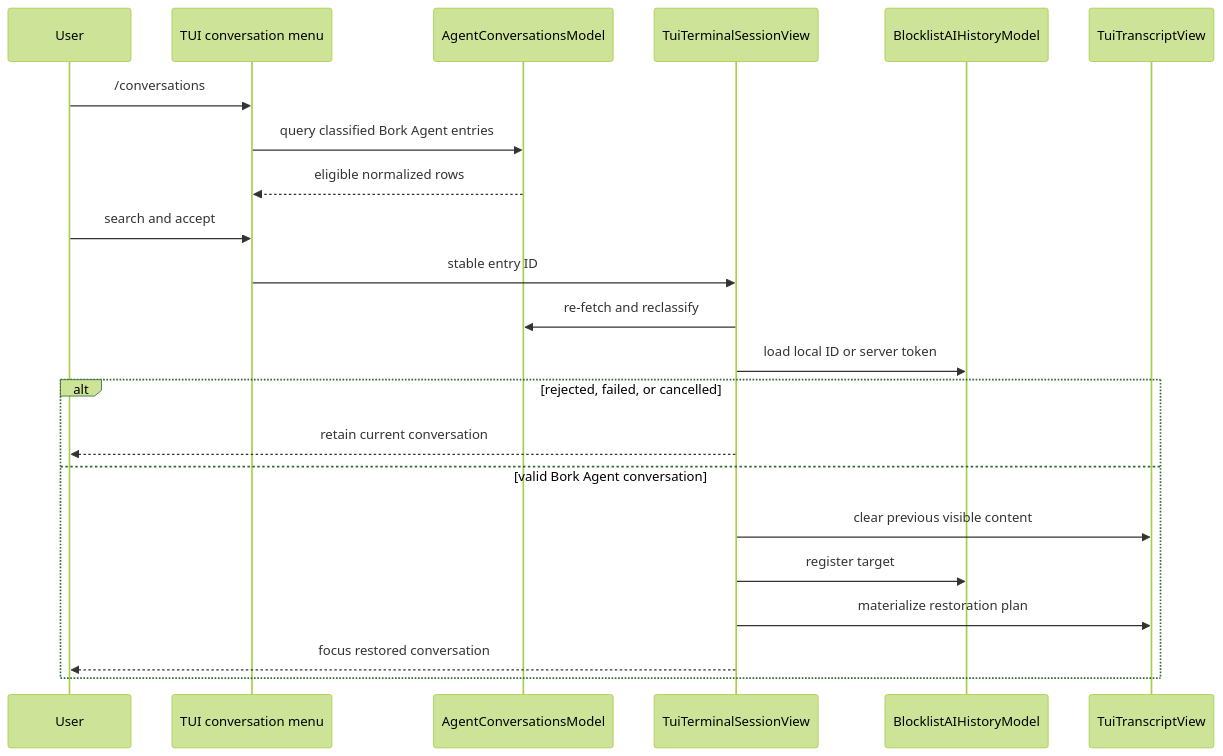
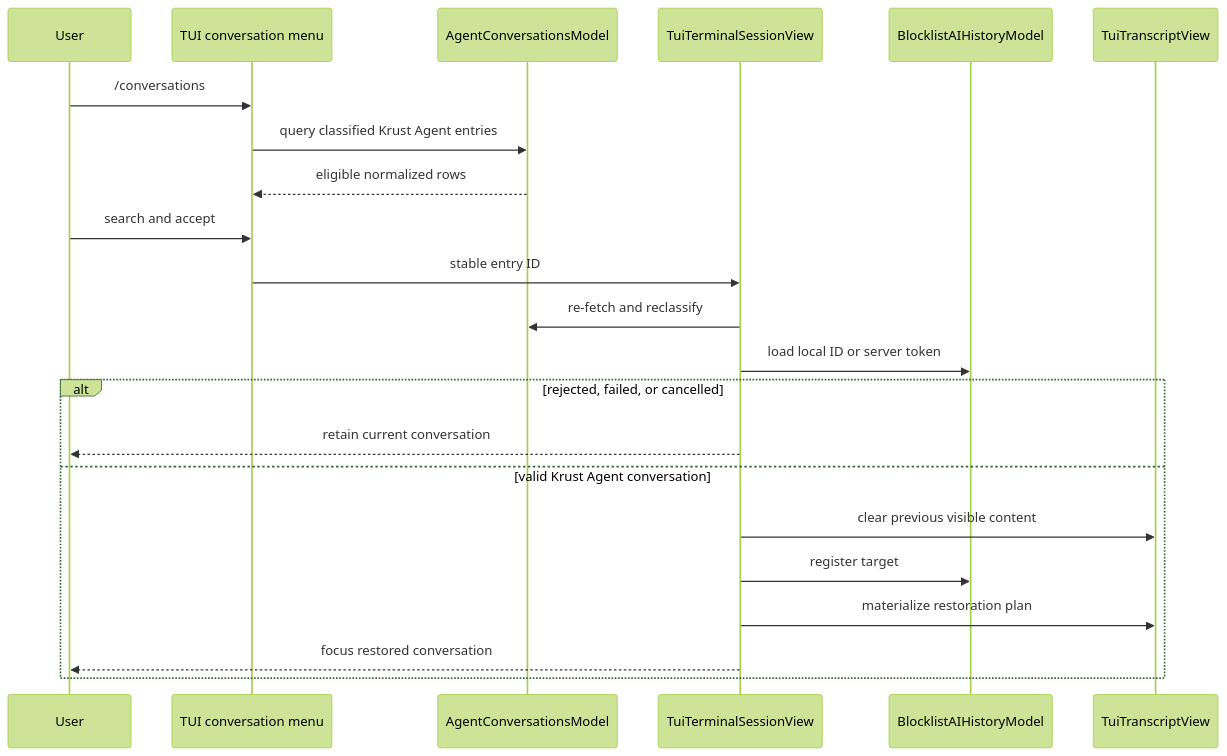
Before and after one commit to antikrust/krust-terminal: the diagram in specs/CODE-1821/TECH.md, drawn with Mermaid (forest theme). The commit also changed other lines of this file and 4480 other files, not shown here.

First line of the commit message:
Rebrand Bork -> Krust

````diff
--- a/specs/CODE-1821/TECH.md
+++ b/specs/CODE-1821/TECH.md
@@ -136,25 +136,25 @@
 ```mermaid
 sequenceDiagram
   participant User
   participant Menu as TUI conversation menu
   participant Model as AgentConversationsModel
   participant Session as TuiTerminalSessionView
   participant History as BlocklistAIHistoryModel
   participant Transcript as TuiTranscriptView
 
   User->>Menu: /conversations
-  Menu->>Model: query classified Bork Agent entries
+  Menu->>Model: query classified Krust Agent entries
   Model-->>Menu: eligible normalized rows
   User->>Menu: search and accept
   Menu->>Session: stable entry ID
   Session->>Model: re-fetch and reclassify
   Session->>History: load local ID or server token
   alt rejected, failed, or cancelled
     Session-->>User: retain current conversation
-  else valid Bork Agent conversation
+  else valid Krust Agent conversation
     Session->>Transcript: clear previous visible content
     Session->>History: register target
     Session->>Transcript: materialize restoration plan
     Session-->>User: focus restored conversation
   end
 ```
````
